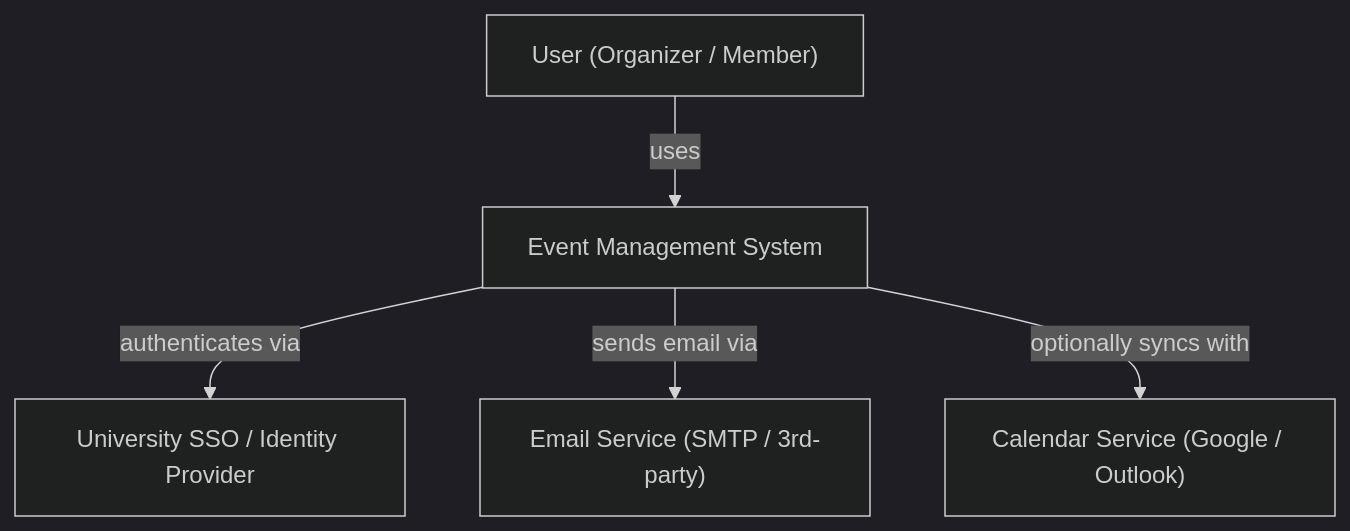
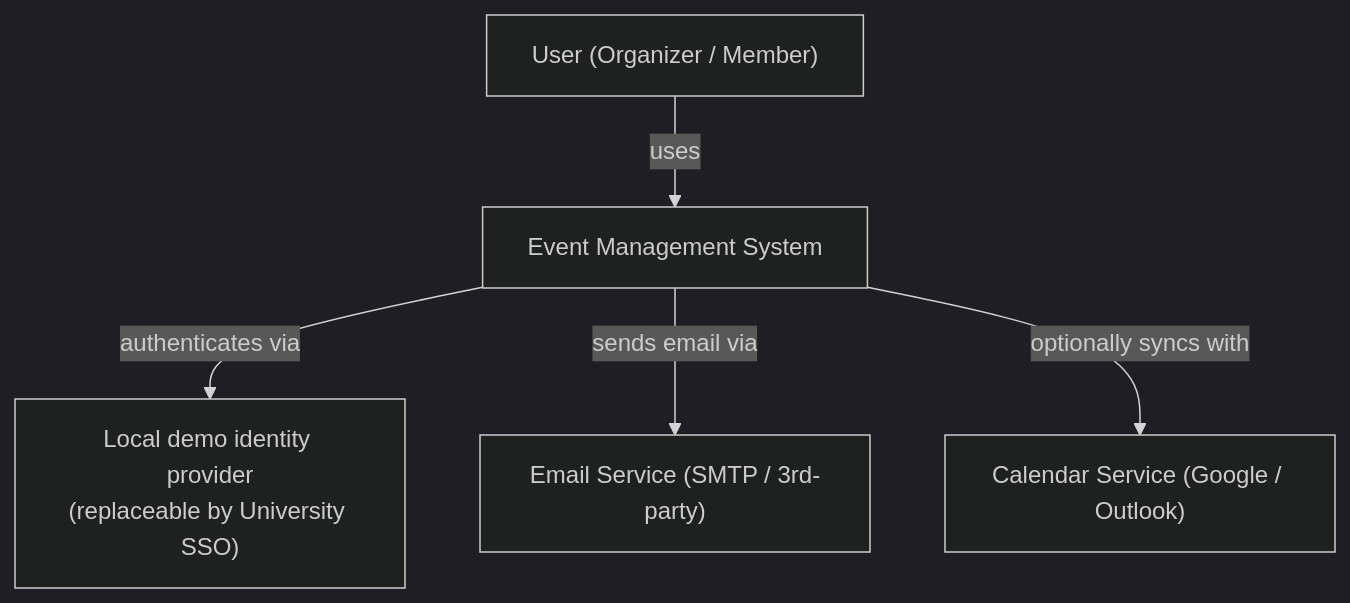
Before and after one commit to JMorency13/cen5064-project-morency: the first of 4 diagrams in README.md, drawn with Mermaid (dark theme). The commit also changed other lines of this file and 15 other files, not shown here.

````diff
--- a/README.md
+++ b/README.md
@@ -59,7 +73,7 @@
 ```mermaid
 flowchart TB
   user["User (Organizer / Member)"] -->|uses| system["Event Management System"]
-  system -->|authenticates via| auth["University SSO / Identity Provider"]
+  system -->|authenticates via| auth["Local demo identity provider<br/>(replaceable by University SSO)"]
   system -->|sends email via| email["Email Service (SMTP / 3rd-party)"]
   system -->|optionally syncs with| calendar["Calendar Service (Google / Outlook)"]
 ```
````
